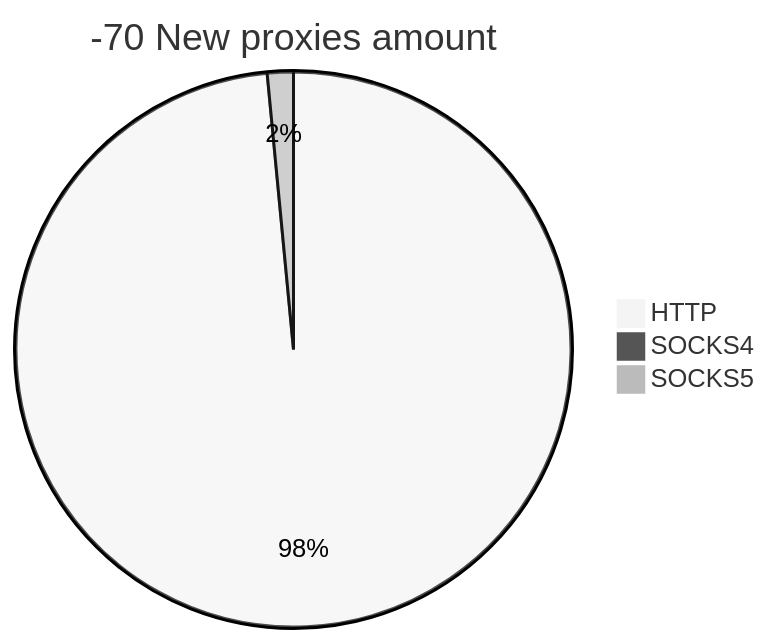
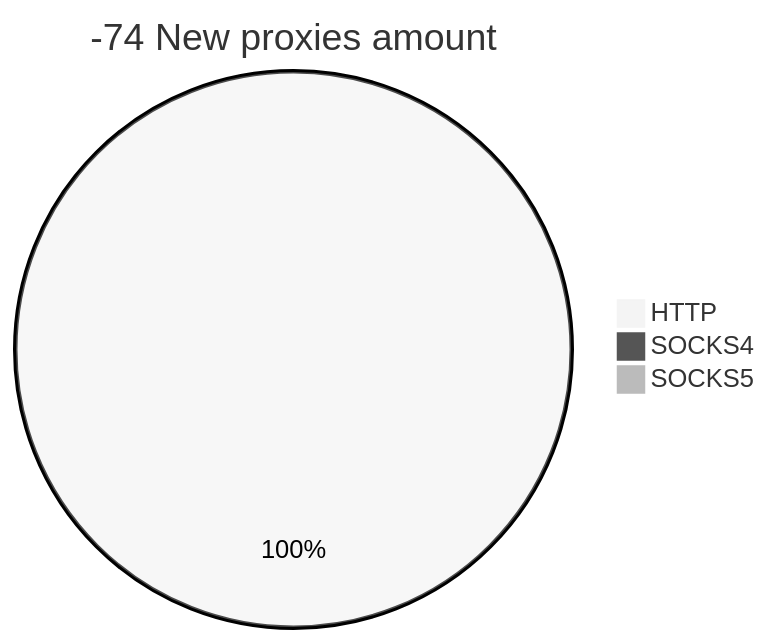
One commit to cutipu/proxylist changed the second of 2 diagrams in README.md. Above: the diagram before and after it, drawn with Mermaid (neutral theme). The commit also changed other lines of this file, not shown here.

````diff
--- a/README.md
+++ b/README.md
@@ -10,6 +10,6 @@
 ```mermaid
-pie title -70 New proxies amount
-    "HTTP" : 65
+pie title -74 New proxies amount
+    "HTTP" : 1
     "SOCKS4" : 0
-    "SOCKS5" : 1
+    "SOCKS5" : 0
 ```
````
